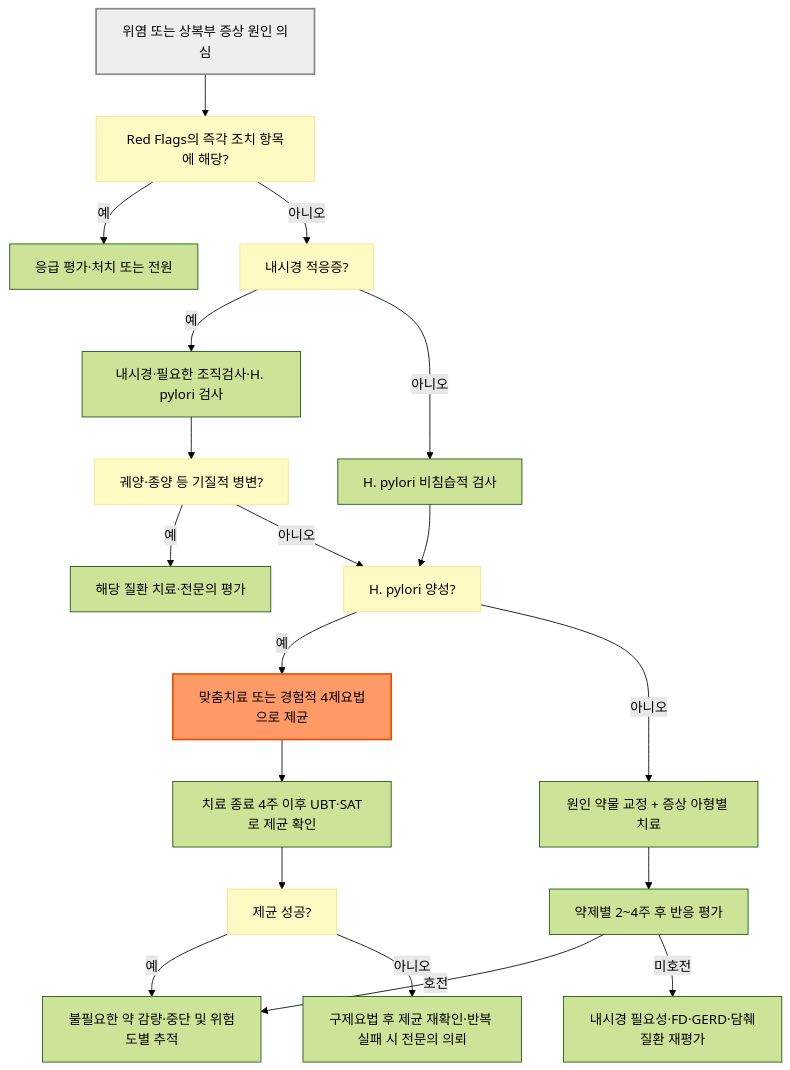
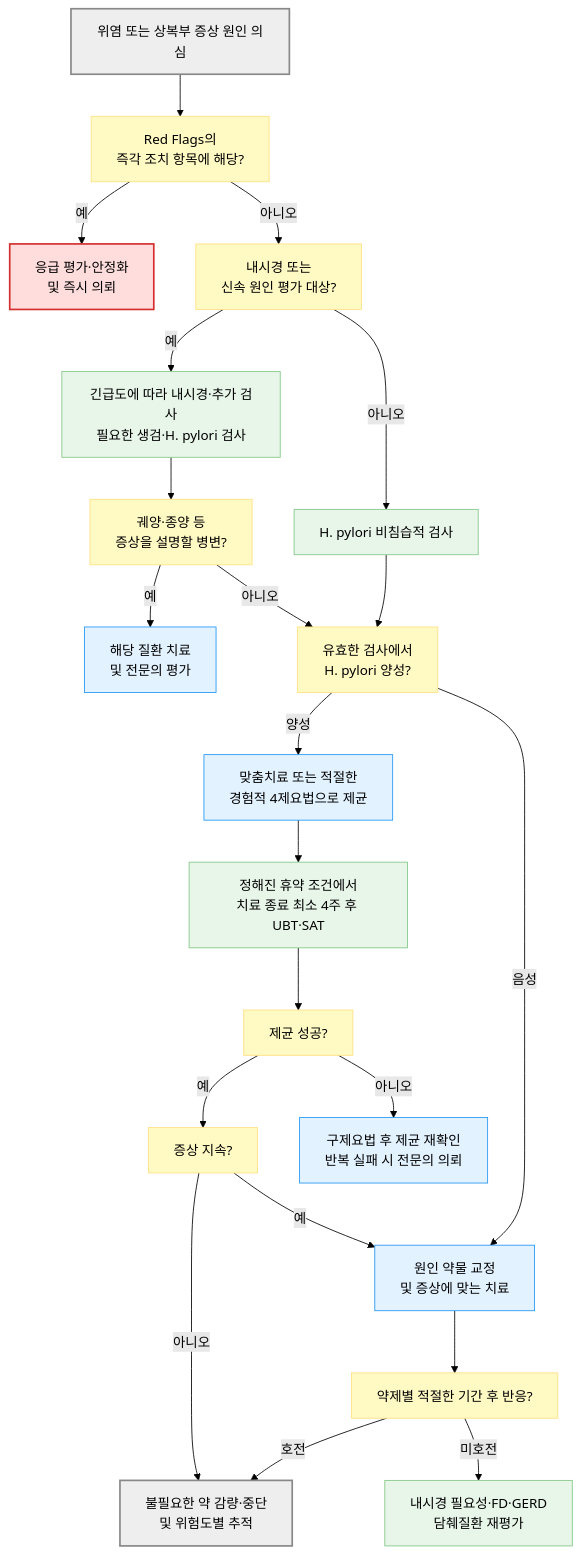
The second of 2 diagrams in 224_/078_-gastritis.md (familyoh77/familyoh77), drawn with Mermaid (forest theme) before and after one commit. The commit also changed other lines of this file and 5 other files, not shown here.

````diff
--- a/224_/078_-gastritis.md
+++ b/224_/078_-gastritis.md
@@ -185,26 +187,32 @@
 ```mermaid
 flowchart TD
-    A["위염 또는 상복부 증상 원인 의심"] --> B["Red Flags의 즉각 조치 항목에 해당?"]
-    B -- "예" --> C["응급 평가·처치 또는 전원"]
-    B -- "아니오" --> D["내시경 적응증?"]
-    D -- "예" --> E["내시경·필요한 조직검사·H. pylori 검사"]
+    A["위염 또는 상복부 증상 원인 의심"] --> B["Red Flags의<br/>즉각 조치 항목에 해당?"]
+    B -- "예" --> C["응급 평가·안정화<br/>및 즉시 의뢰"]
+    B -- "아니오" --> D["내시경 또는<br/>신속 원인 평가 대상?"]
+    D -- "예" --> E["긴급도에 따라 내시경·추가 검사<br/>필요한 생검·H. pylori 검사"]
     D -- "아니오" --> F["H. pylori 비침습적 검사"]
-    E --> S["궤양·종양 등 기질적 병변?"]
-    S -- "예" --> T["해당 질환 치료·전문의 평가"]
-    S -- "아니오" --> G["H. pylori 양성?"]
+    E --> S["궤양·종양 등<br/>증상을 설명할 병변?"]
+    S -- "예" --> T["해당 질환 치료<br/>및 전문의 평가"]
+    S -- "아니오" --> G["유효한 검사에서<br/>H. pylori 양성?"]
     F --> G
-    G -- "예" --> H["맞춤치료 또는 경험적 4제요법으로 제균"]
-    H --> J["치료 종료 4주 이후 UBT·SAT로 제균 확인"]
-    G -- "아니오" --> I["원인 약물 교정 + 증상 아형별 치료"]
-    I --> P["약제별 2~4주 후 반응 평가"]
-    P -- "호전" --> R["불필요한 약 감량·중단 및 위험도별 추적"]
+    G -- "양성" --> H["맞춤치료 또는 적절한<br/>경험적 4제요법으로 제균"]
+    H --> J["정해진 휴약 조건에서<br/>치료 종료 최소 4주 후 UBT·SAT"]
+    G -- "음성" --> I["원인 약물 교정<br/>및 증상에 맞는 치료"]
+    I --> P["약제별 적절한 기간 후 반응?"]
+    P -- "호전" --> R["불필요한 약 감량·중단<br/>및 위험도별 추적"]
     J --> K["제균 성공?"]
-    K -- "예" --> R
-    K -- "아니오" --> U["구제요법 후 제균 재확인·반복 실패 시 전문의 의뢰"]
-    P -- "미호전" --> Q["내시경 필요성·FD·GERD·담췌질환 재평가"]
-
+    K -- "예" --> V["증상 지속?"]
+    V -- "아니오" --> R
+    V -- "예" --> I
+    K -- "아니오" --> U["구제요법 후 제균 재확인<br/>반복 실패 시 전문의 의뢰"]
+    P -- "미호전" --> Q["내시경 필요성·FD·GERD<br/>담췌질환 재평가"]
     classDef question fill:#fff9c4,stroke:#ffe082
-    class B,D,S,G,K question
-    style A fill:#eeeeee,stroke:#888888,stroke-width:2px
-    style H fill:#f96,stroke:#e65100,stroke-width:2px
+    classDef test fill:#e8f5e9,stroke:#81c784
+    classDef treatment fill:#e3f2ff,stroke:#2196f3
+    classDef neutral fill:#eeeeee,stroke:#888888,stroke-width:2px
+    class B,D,S,G,P,K,V question
+    class E,F,J,Q test
+    class T,H,I,U treatment
+    class A,R neutral
+    style C fill:#ffdddd,stroke:#d32f2f,stroke-width:2px
 ```
````
